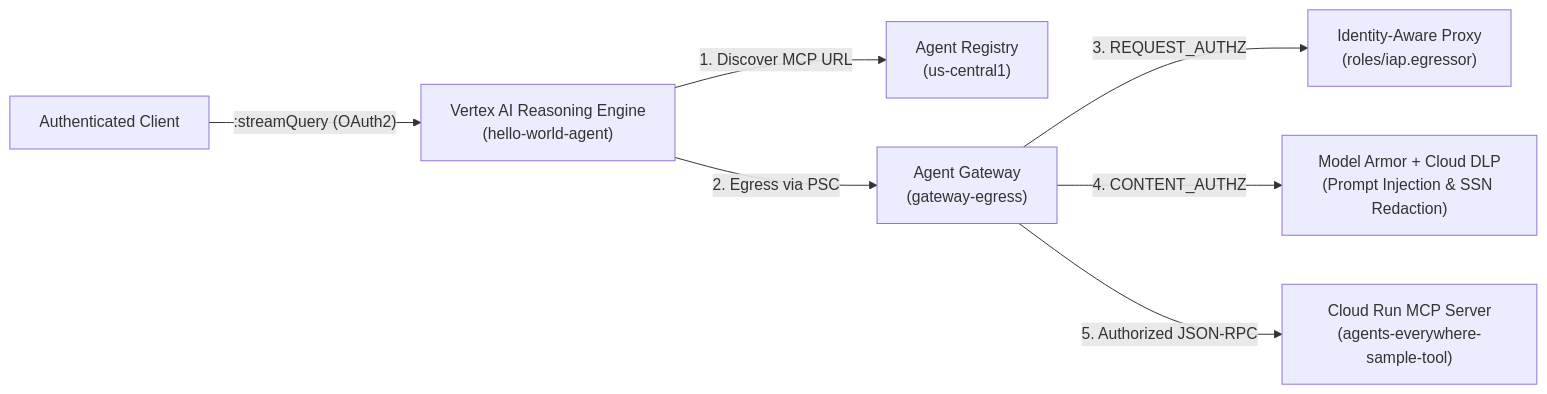
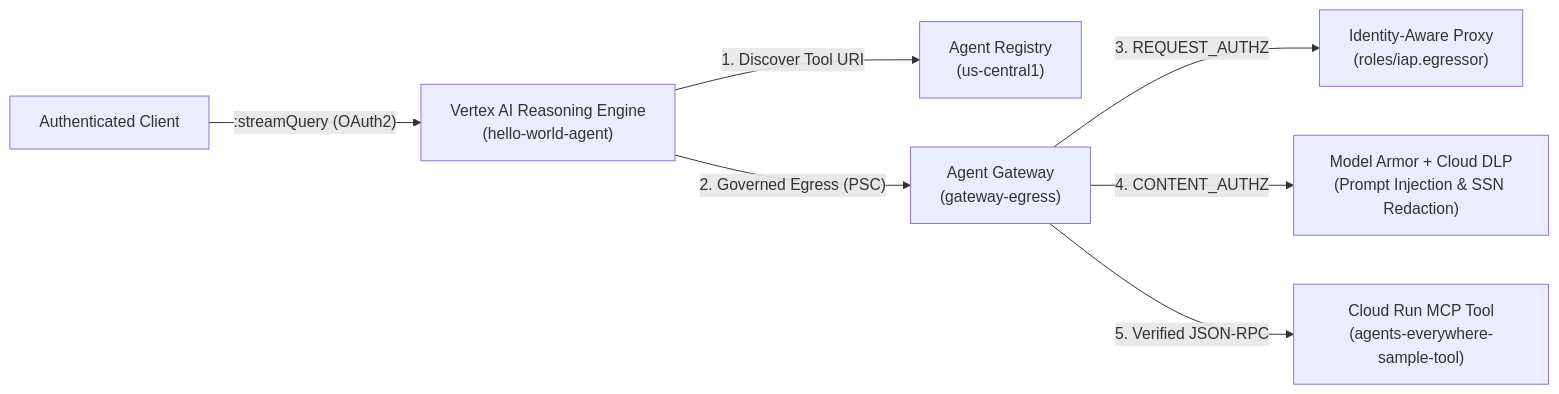
Before and after one commit to manoj89792/Secure-AI-Agents-Zero-Trust-Perimeters-and-Inline-Governance: the diagram in README.md, drawn with Mermaid. The commit also changed other lines of this file and 1 other file, not shown here.

````diff
--- a/README.md
+++ b/README.md
@@ -11,9 +24,9 @@
 ```mermaid
 flowchart LR
     Client["Authenticated Client"] -->|":streamQuery (OAuth2)"| RE["Vertex AI Reasoning Engine\n(hello-world-agent)"]
-    RE -->|"1. Discover MCP URL"| AR["Agent Registry\n(us-central1)"]
-    RE -->|"2. Egress via PSC"| AGW["Agent Gateway\n(gateway-egress)"]
+    RE -->|"1. Discover Tool URI"| AR["Agent Registry\n(us-central1)"]
+    RE -->|"2. Governed Egress (PSC)"| AGW["Agent Gateway\n(gateway-egress)"]
     AGW -->|"3. REQUEST_AUTHZ"| IAP["Identity-Aware Proxy\n(roles/iap.egressor)"]
     AGW -->|"4. CONTENT_AUTHZ"| MA["Model Armor + Cloud DLP\n(Prompt Injection & SSN Redaction)"]
-    AGW -->|"5. Authorized JSON-RPC"| CR["Cloud Run MCP Server\n(agents-everywhere-sample-tool)"]
+    AGW -->|"5. Verified JSON-RPC"| CR["Cloud Run MCP Tool\n(agents-everywhere-sample-tool)"]
 ```
````
